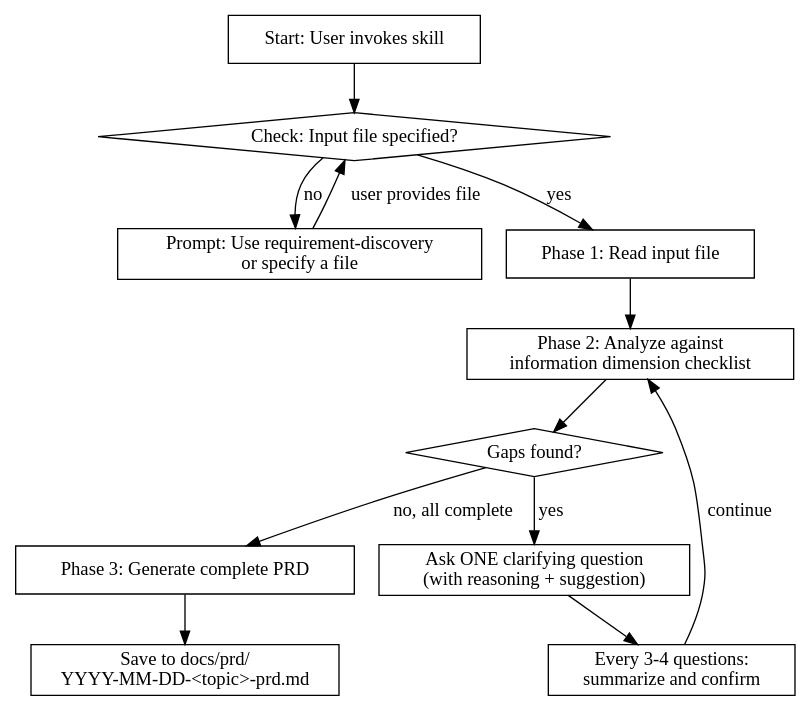
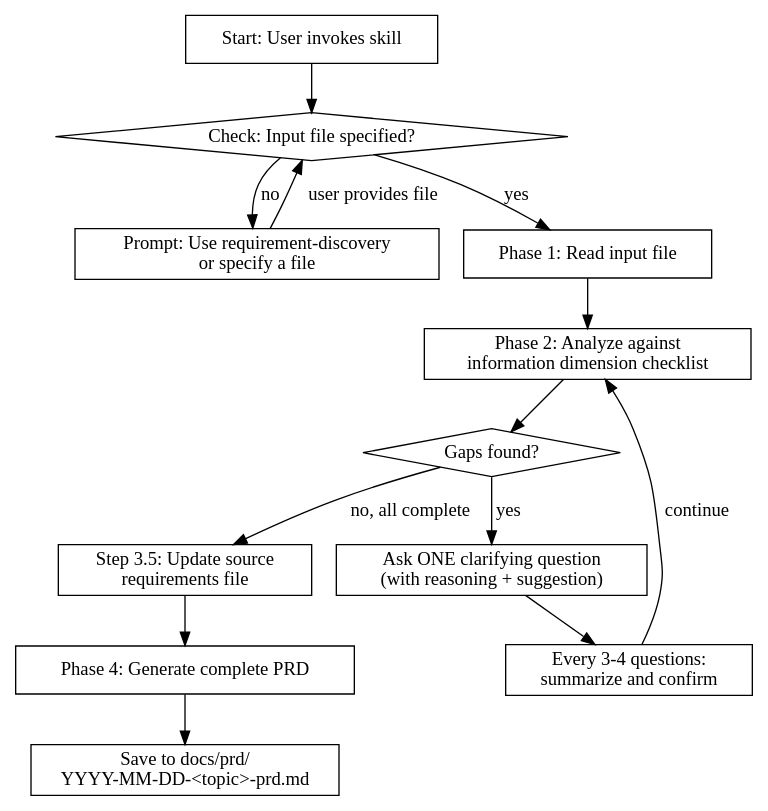
The diagram in prd-writer/SKILL.md (ithkeen/ithkeen-skills), drawn with Graphviz before and after one commit. The commit also changed other lines of this file, not shown here.

Commit message:
feat: update prd-writer skill

````diff
--- a/prd-writer/SKILL.md
+++ b/prd-writer/SKILL.md
@@ -41,29 +41,31 @@
 ```dot
 digraph prd_writer {
     rankdir=TB;
     node [shape=box];
 
     start [label="Start: User invokes skill"];
     check_file [label="Check: Input file specified?" shape=diamond];
     no_file [label="Prompt: Use requirement-discovery\nor specify a file"];
     read_file [label="Phase 1: Read input file"];
     analyze [label="Phase 2: Analyze against\ninformation dimension checklist"];
     gaps_found [label="Gaps found?" shape=diamond];
     ask_question [label="Ask ONE clarifying question\n(with reasoning + suggestion)"];
     summary_check [label="Every 3-4 questions:\nsummarize and confirm"];
-    generate [label="Phase 3: Generate complete PRD"];
+    update_source [label="Step 3.5: Update source\nrequirements file"];
+    generate [label="Phase 4: Generate complete PRD"];
     save [label="Save to docs/prd/\nYYYY-MM-DD-<topic>-prd.md"];
 
     start -> check_file;
     check_file -> no_file [label="no"];
     check_file -> read_file [label="yes"];
     no_file -> check_file [label="user provides file"];
     read_file -> analyze;
     analyze -> gaps_found;
     gaps_found -> ask_question [label="yes"];
-    gaps_found -> generate [label="no, all complete"];
+    gaps_found -> update_source [label="no, all complete"];
     ask_question -> summary_check;
     summary_check -> analyze [label="continue"];
+    update_source -> generate;
     generate -> save;
 }
 ```
````
